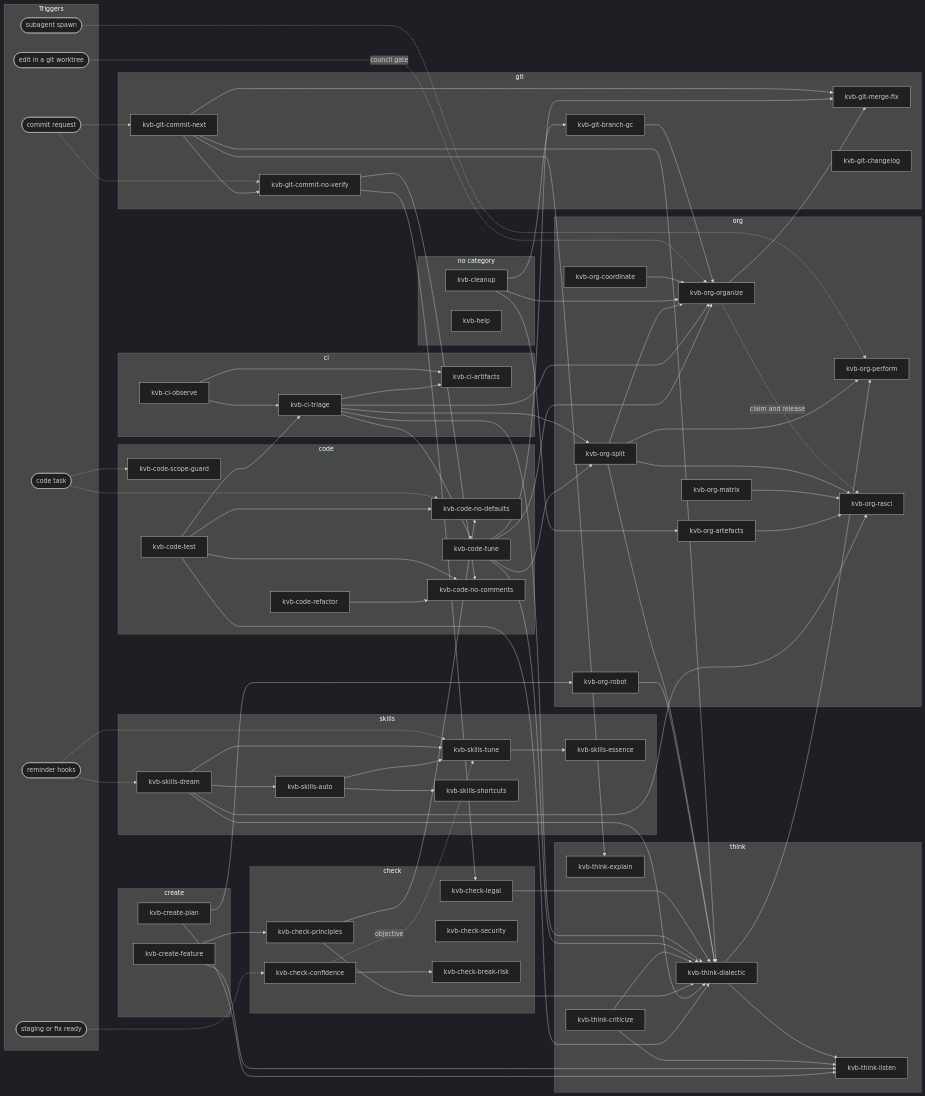
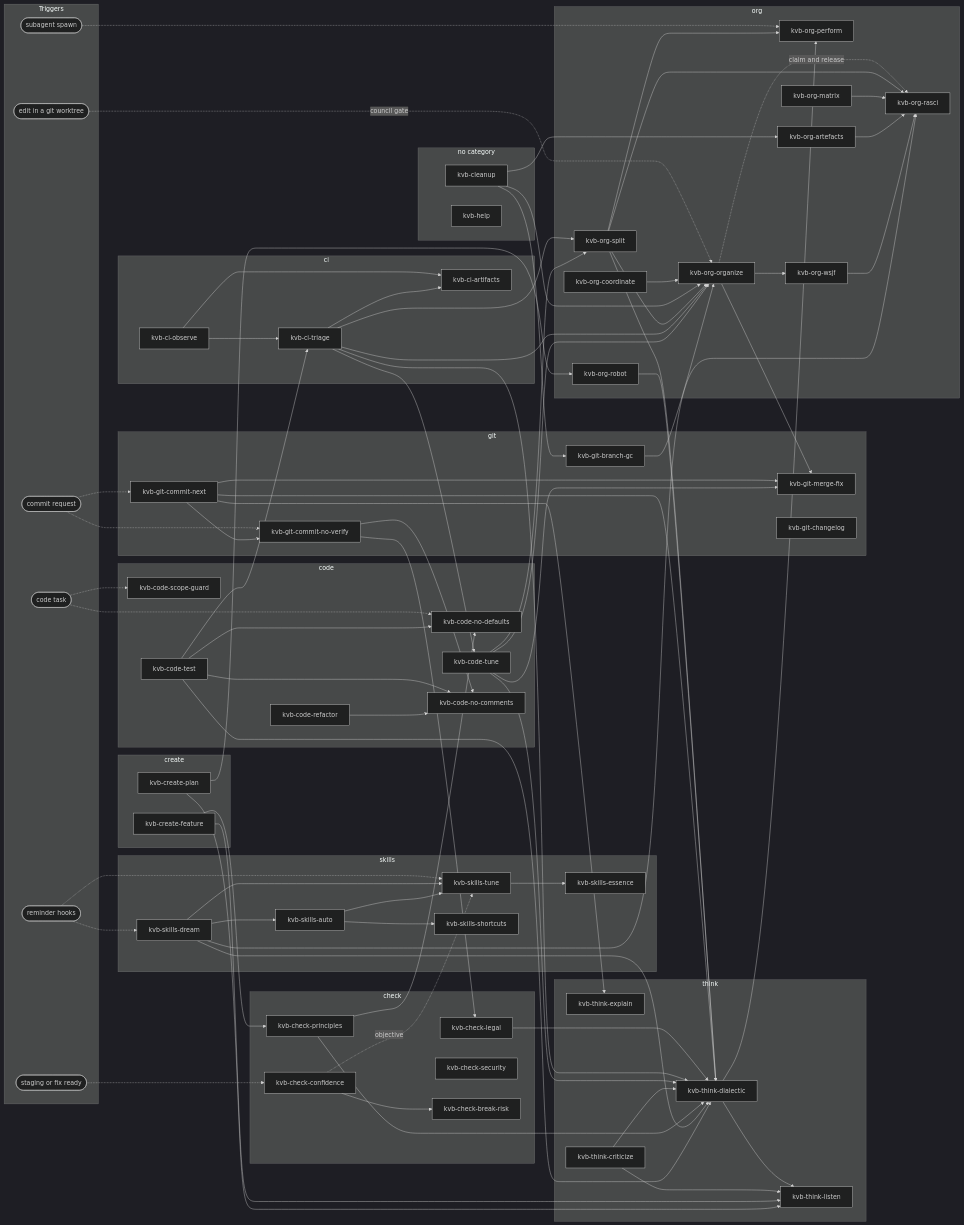
The second of 2 diagrams in README.md (kevinveenbirkenbach/skills), drawn with Mermaid (dark theme) before and after one commit. The commit also changed other lines of this file and 9 other files, not shown here.

First line of the commit message:
feat(org): rank the register by WSJF from Fibonacci estimates

```diff
--- a/README.md
+++ b/README.md
@@ -128,6 +129,7 @@
     status_matrix[kvb-org-matrix]
     rasci[kvb-org-rasci]
     artefacts[kvb-org-artefacts]
+    wsjf[kvb-org-wsjf]
     robot[kvb-org-robot]
   end
   subgraph cat_skills [skills]
@@ -176,6 +178,8 @@
   status_matrix --> rasci
   cleanup --> artefacts
   artefacts --> rasci
+  democracy --> wsjf
+  wsjf --> rasci
   dream --> rasci
 
   observe --> triage
```
